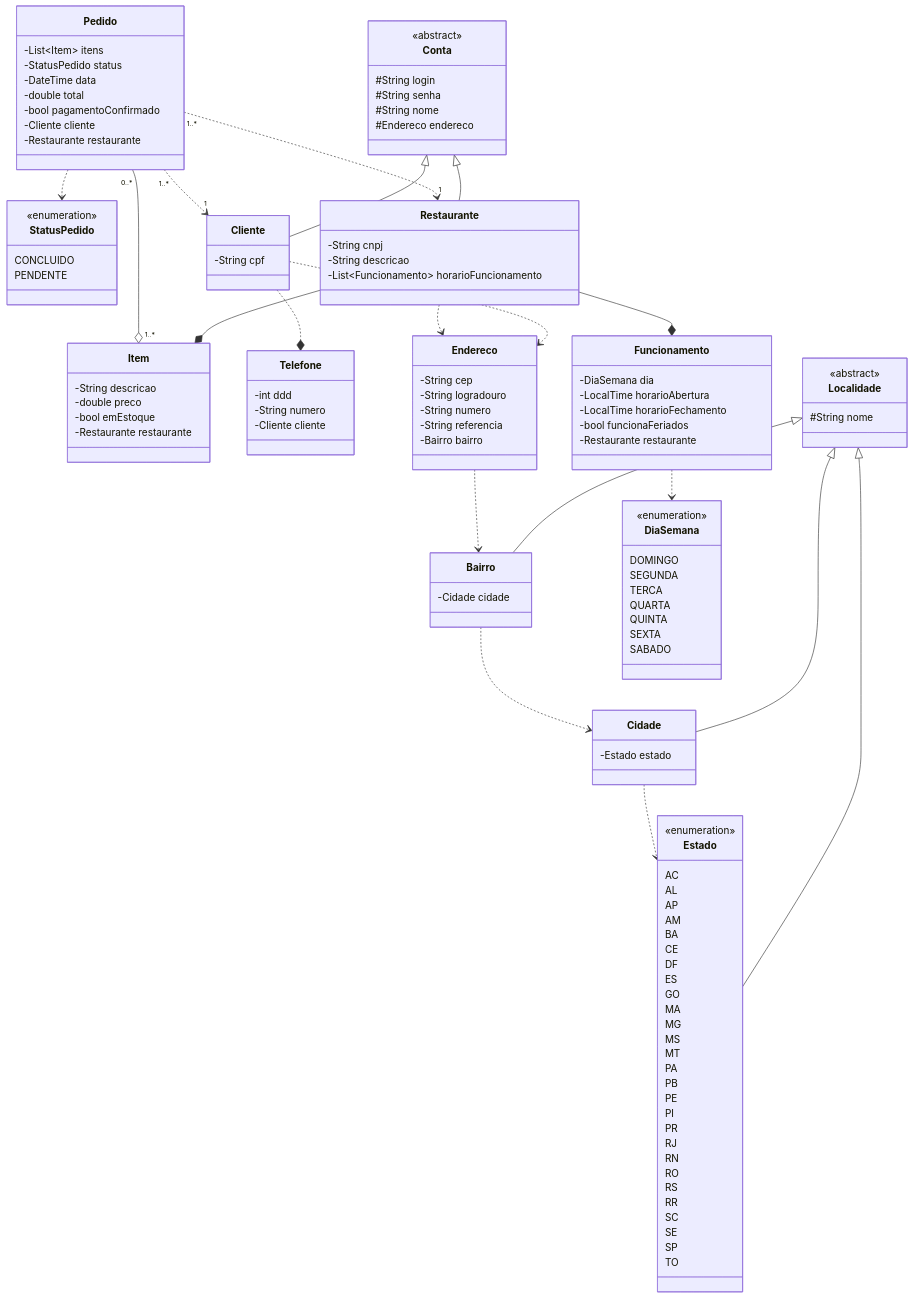
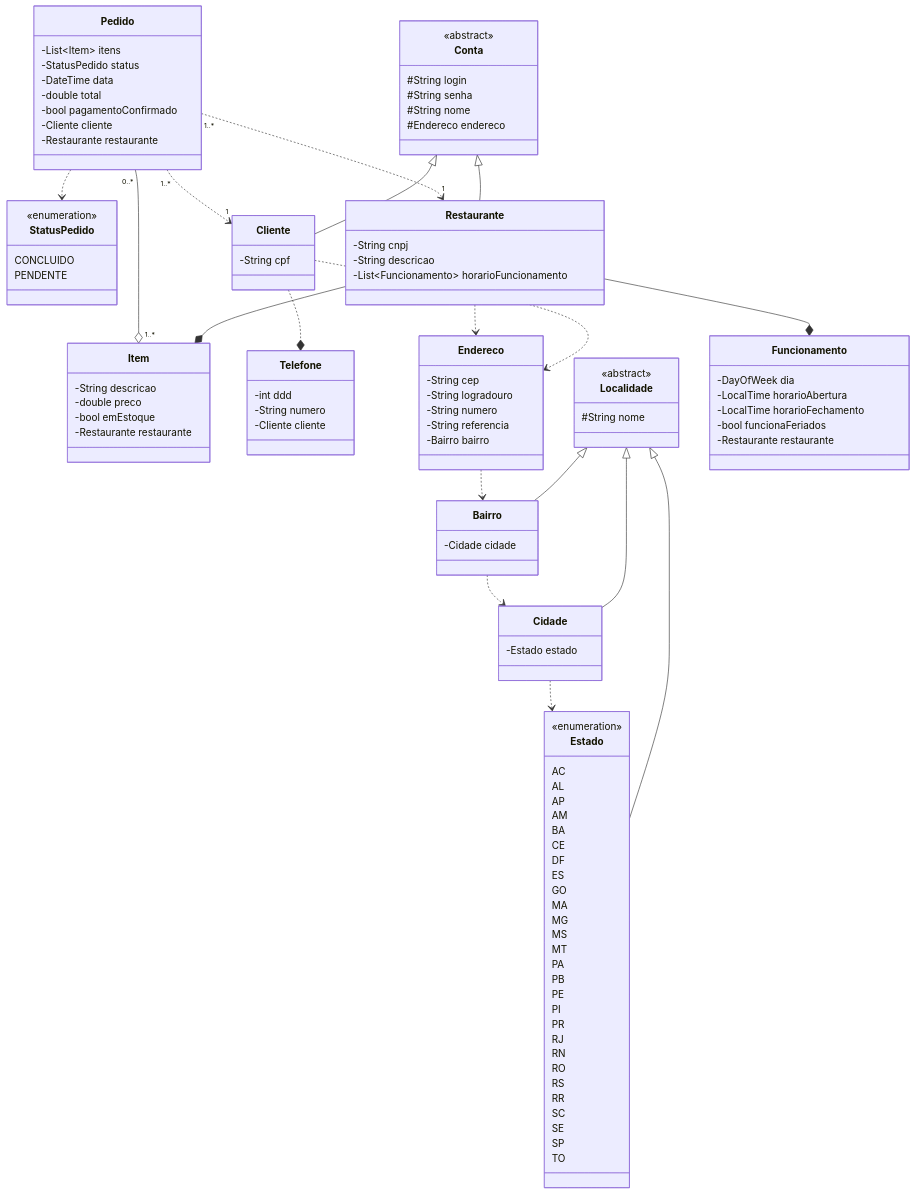
Before and after one commit to gxrj/dio-santander2023: the diagram in desafio-final-backend-dio-santander2023/README.md, drawn with Mermaid. The commit also changed other lines of this file and 6 other files, not shown here.

````diff
--- a/desafio-final-backend-dio-santander2023/README.md
+++ b/desafio-final-backend-dio-santander2023/README.md
@@ -104,21 +106,11 @@
         -List~Funcionamento~ horarioFuncionamento
     }
     class Funcionamento{
-        -DiaSemana dia
+        -DayOfWeek dia
         -LocalTime horarioAbertura
         -LocalTime horarioFechamento
         -bool funcionaFeriados
         -Restaurante restaurante
-    }
-    class DiaSemana{
-        <<enumeration>>
-        DOMINGO
-        SEGUNDA
-        TERCA
-        QUARTA
-        QUINTA
-        SEXTA
-        SABADO
     }
 
     Pedido "1..*" ..> "1" Cliente
@@ -138,6 +130,5 @@
     Localidade <|-- Bairro
     Localidade <|-- Cidade
     Localidade <|-- Estado
-    Funcionamento ..> DiaSemana
 
 ```
````
